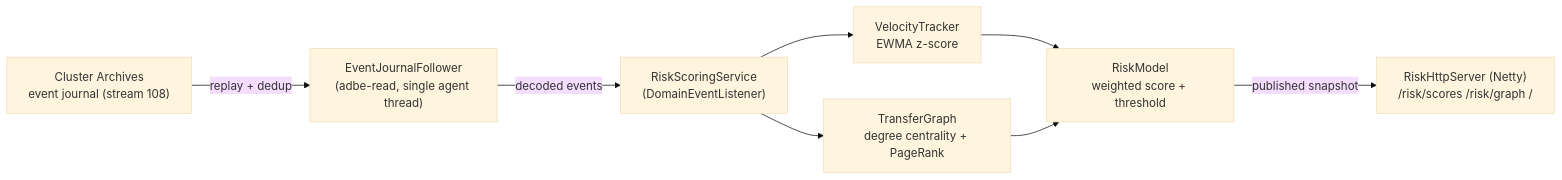
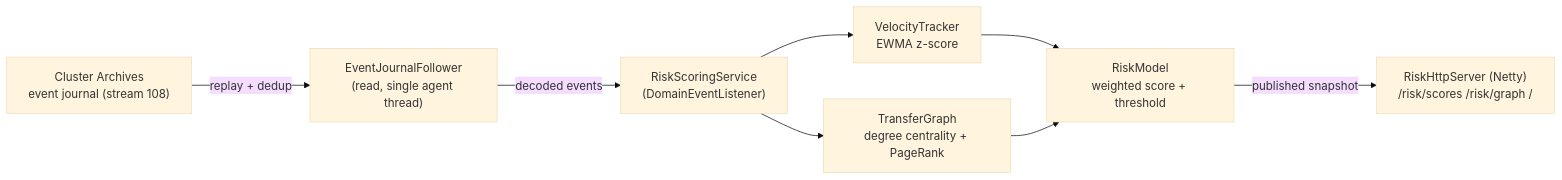
One commit to justrade-io/ledgerd changed the diagram in docs/decisions/0012-ai-risk-substrate.md. Above: the diagram before and after it, drawn with Mermaid (base theme). The commit also changed other lines of this file and 290 other files, not shown here.

````diff
--- a/docs/decisions/0012-ai-risk-substrate.md
+++ b/docs/decisions/0012-ai-risk-substrate.md
@@ -70,17 +70,17 @@
 ```mermaid
 flowchart LR
     JR["Cluster Archives<br/>event journal (stream 108)"]
-    FOL["EventJournalFollower<br/>(adbe-read, single agent thread)"]
+    FOL["EventJournalFollower<br/>(read, single agent thread)"]
     SVC["RiskScoringService<br/>(DomainEventListener)"]
     VEL["VelocityTracker<br/>EWMA z-score"]
     GRAPH["TransferGraph<br/>degree centrality + PageRank"]
     MODEL["RiskModel<br/>weighted score + threshold"]
     HTTP["RiskHttpServer (Netty)<br/>/risk/scores /risk/graph /"]
     JR -->|"replay + dedup"| FOL
     FOL -->|"decoded events"| SVC
     SVC --> VEL
     SVC --> GRAPH
     VEL --> MODEL
     GRAPH --> MODEL
     MODEL -->|"published snapshot"| HTTP
 ```
````
